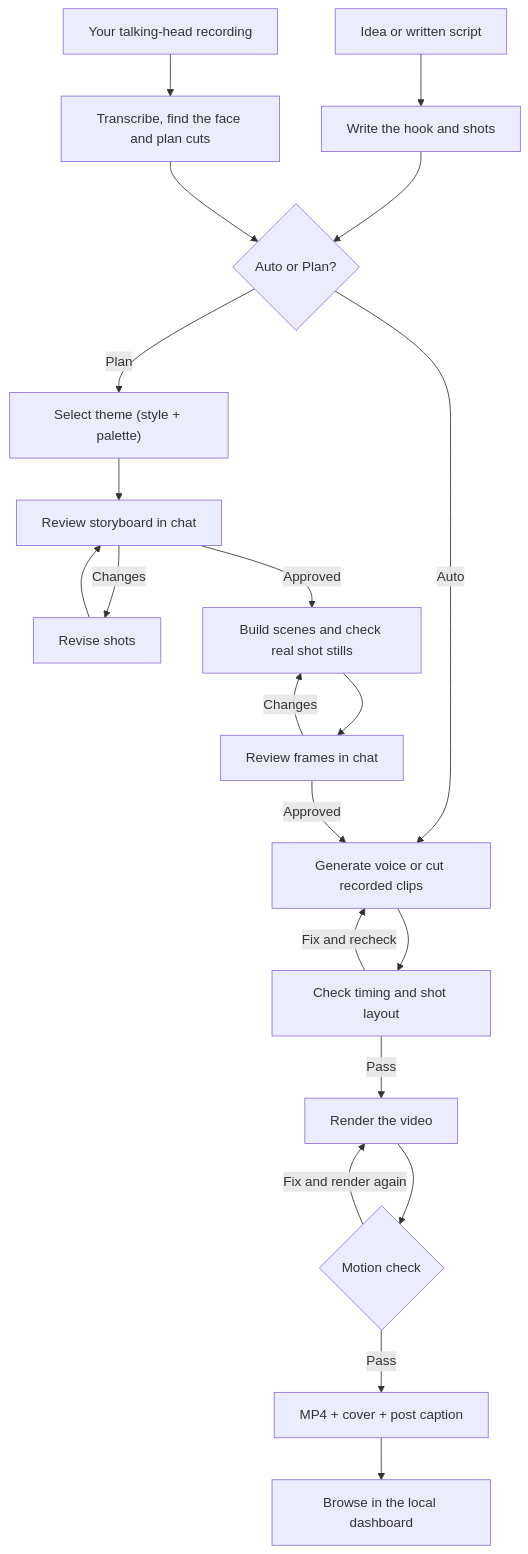
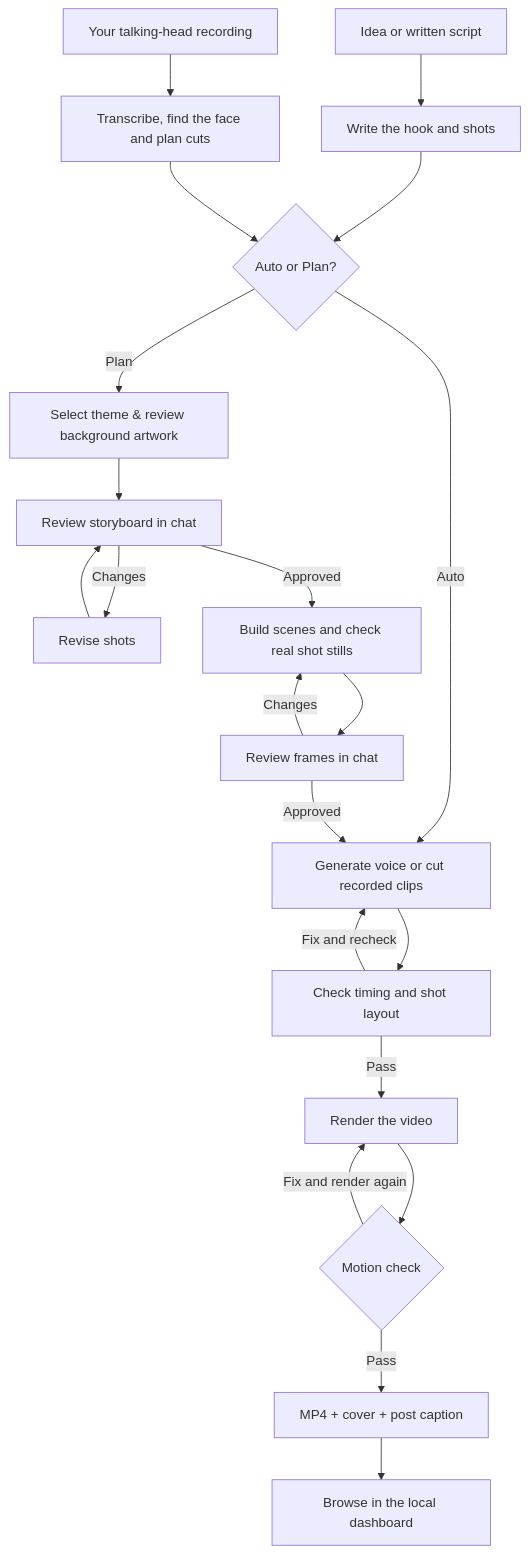
One commit to Nayan014/techno-reel changed the diagram in docs/workflow.md. Above: the diagram before and after it, drawn with Mermaid. The commit also changed other lines of this file and 1 other file, not shown here.

Commit message:
docs: update README and workflow guide for auto/plan modes and flat clay standard

````diff
--- a/docs/workflow.md
+++ b/docs/workflow.md
@@ -32,25 +32,25 @@
 ```mermaid
 flowchart TD
     idea["Idea or written script"] --> write["Write the hook and shots"]
     take["Your talking-head recording"] --> cut["Transcribe, find the face and plan cuts"]
     write --> mode{"Auto or Plan?"}
     cut --> mode
 
     mode -- Auto --> audio["Generate voice or cut recorded clips"]
-    mode -- Plan --> theme["Select theme (style + palette)"]
+    mode -- Plan --> theme["Select theme & review background artwork"]
     theme --> storyboard["Review storyboard in chat"]
     storyboard -- Changes --> revise["Revise shots"]
     revise --> storyboard
     storyboard -- Approved --> stills["Build scenes and check real shot stills"]
     stills --> frames["Review frames in chat"]
     frames -- Changes --> stills
     frames -- Approved --> audio
 
     audio --> checks["Check timing and shot layout"]
     checks -- Fix and recheck --> audio
     checks -- Pass --> render["Render the video"]
     render --> motion{"Motion check"}
     motion -- Fix and render again --> render
     motion -- Pass --> output["MP4 + cover + post caption"]
     output --> dashboard["Browse in the local dashboard"]
 ```
````
